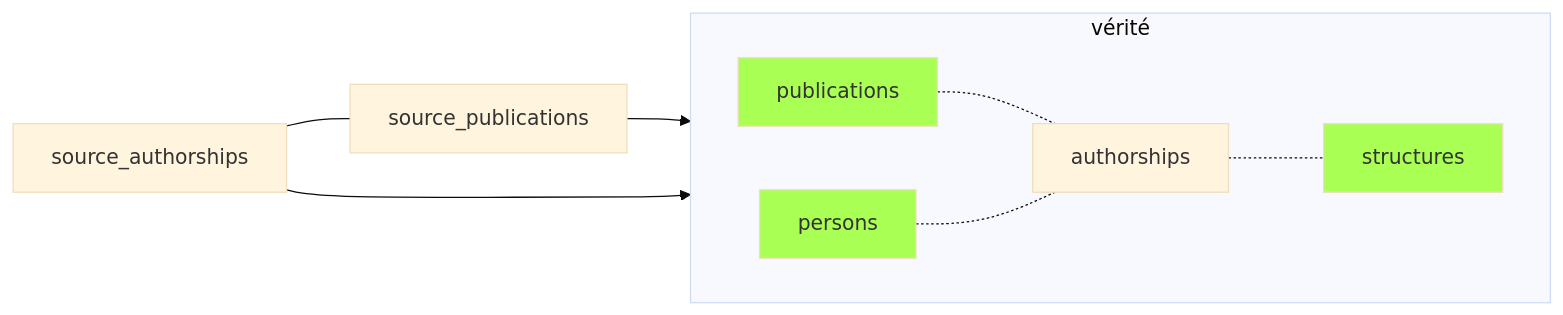
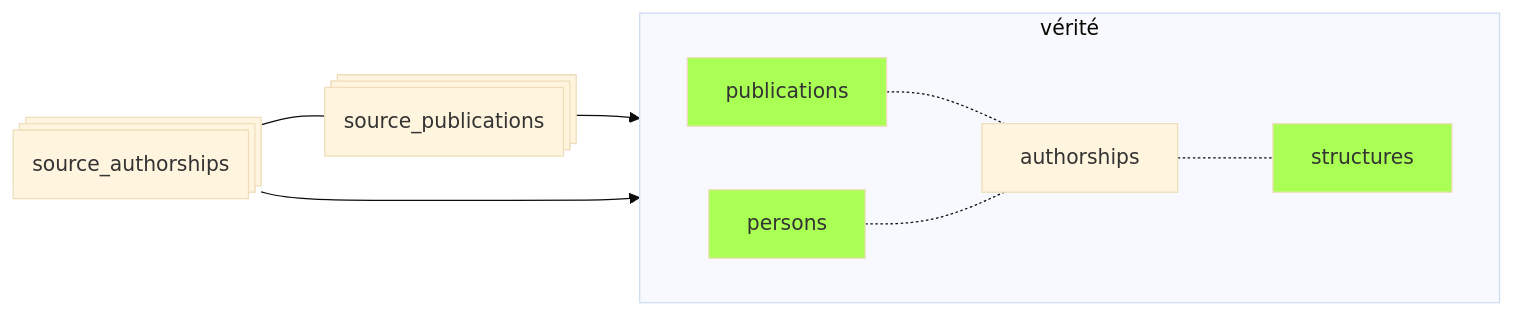
One commit to Y33sha/bibliometrie-uca changed the third of 4 diagrams in docs/pipeline/09-resume.md. Above: the diagram before and after it, drawn with Mermaid (base theme). The commit also changed other lines of this file and 12 other files, not shown here.

Commit message:
doc + schema

````diff
--- a/docs/pipeline/09-resume.md
+++ b/docs/pipeline/09-resume.md
@@ -35,15 +35,15 @@
 ```mermaid
 flowchart LR
-    source_publications-->A
-    source_authorships---source_publications
-    source_authorships-->C
+    D@{ shape: procs, label: "source_publications"}-->A
+    E@{ shape: procs, label: "source_authorships"}---D
+    E-->C
 
     subgraph vérité
     direction LR
     A[publications]-.-B[authorships]
     C[persons]-.-B
     B-.-F[structures]
     end
     classDef valid  fill:#af5
     class F,A,C valid;
 ```
````
